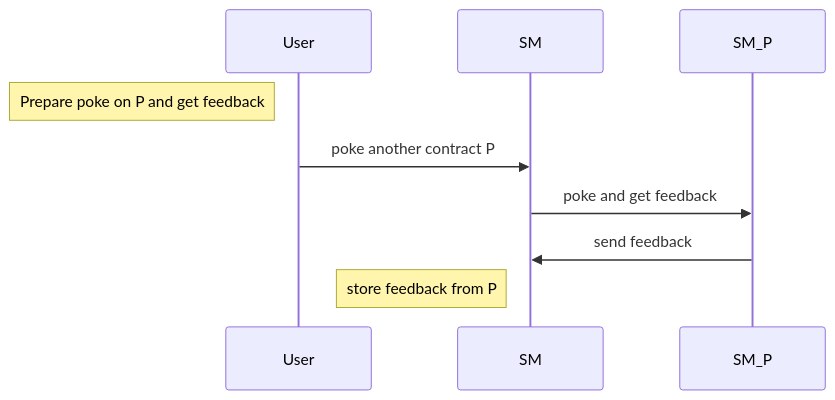
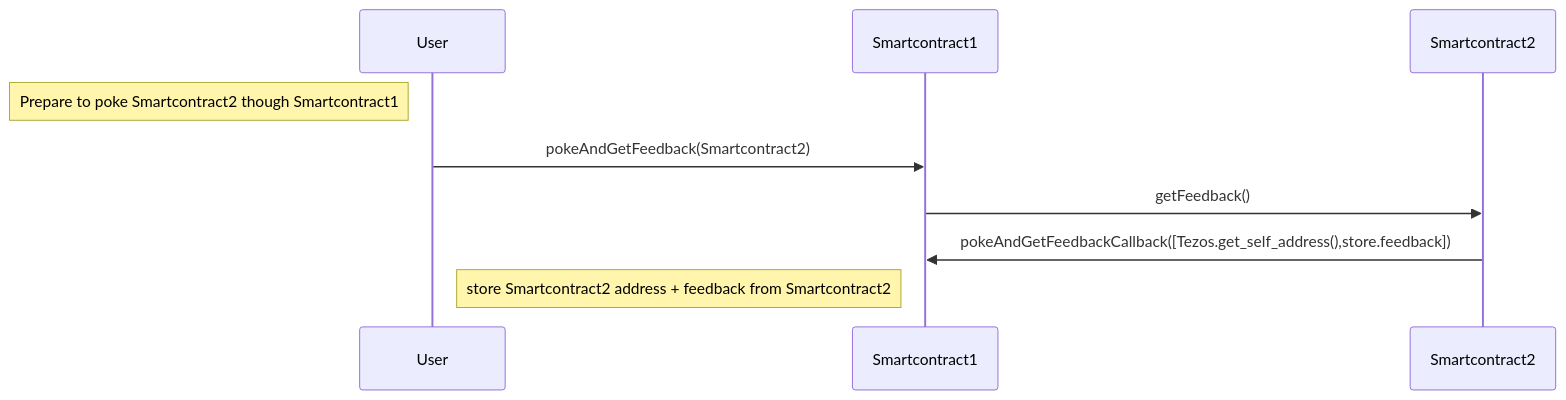
Before and after one commit to marigold-dev/training-dapp-2: the first of 3 diagrams in README.md, drawn with Mermaid. The commit also changed other lines of this file and 2 other files, not shown here.

Commit message:
sync with docs.tezos.com

````diff
--- a/README.md
+++ b/README.md
@@ -24,8 +19,8 @@
 ```mermaid
 sequenceDiagram
-  Note left of User: Prepare poke on P and get feedback
-  User->>SM: poke another contract P
-  SM->>SM_P : poke and get feedback
-  SM_P->>SM : send feedback
-  Note left of SM: store feedback from P
+  Note left of User: Prepare to poke Smartcontract2 though Smartcontract1
+  User->>Smartcontract1: pokeAndGetFeedback(Smartcontract2)
+  Smartcontract1->>Smartcontract2 : getFeedback()
+  Smartcontract2->>Smartcontract1 : pokeAndGetFeedbackCallback([Tezos.get_self_address(),store.feedback])
+  Note left of Smartcontract1: store Smartcontract2 address + feedback from Smartcontract2
 ```
````
